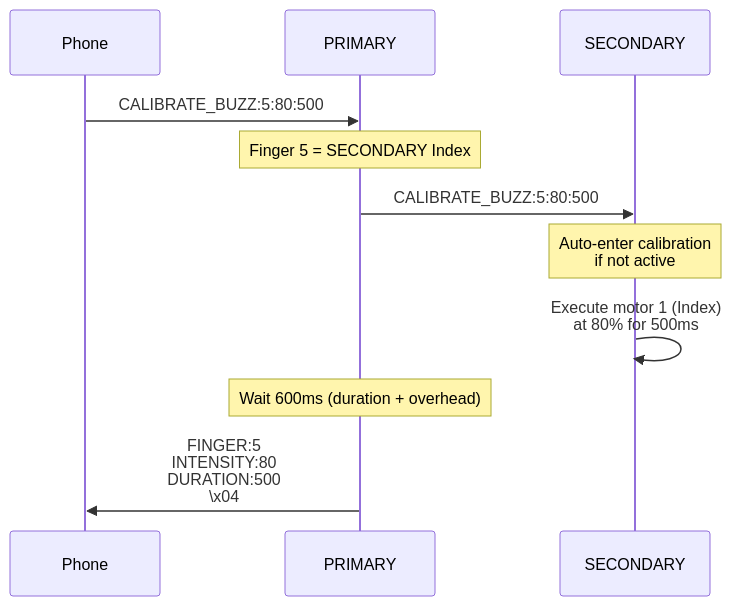
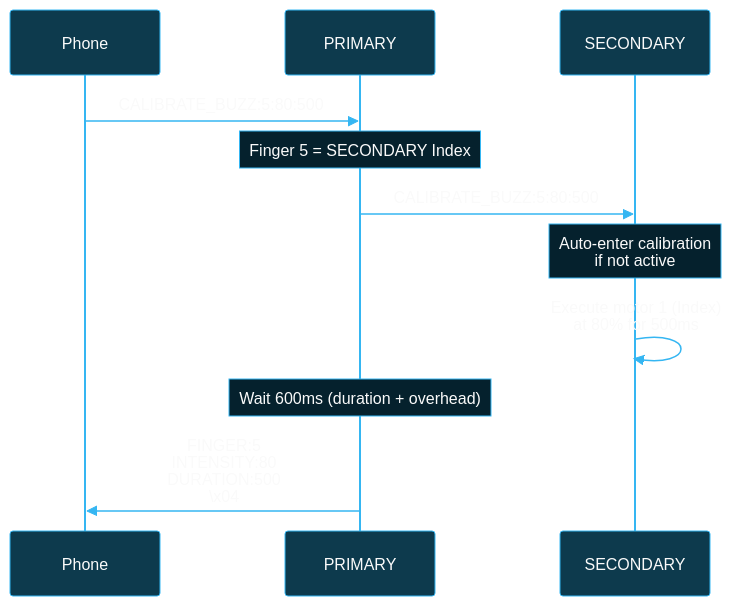
One commit to BlueBuzzah/BlueBuzzah-Firmware changed the diagram in docs/CALIBRATION_GUIDE.md. Above: the diagram before and after it, drawn with Mermaid. The commit also changed 4 other files, not shown here.

Commit message:
docs: update mermaid diagram styling across documentation

````diff
--- a/docs/CALIBRATION_GUIDE.md
+++ b/docs/CALIBRATION_GUIDE.md
@@ -368,18 +368,43 @@
 ```mermaid
+%%{init: {'theme': 'base', 'themeVariables': {
+  'primaryColor': '#0d3a4d',
+  'primaryTextColor': '#fafafa',
+  'primaryBorderColor': '#35B6F2',
+  'lineColor': '#35B6F2',
+  'secondaryColor': '#05212D',
+  'tertiaryColor': '#0a0a0a',
+  'background': '#0a0a0a',
+  'actorBkg': '#0d3a4d',
+  'actorBorder': '#35B6F2',
+  'actorTextColor': '#fafafa',
+  'actorLineColor': '#35B6F2',
+  'signalColor': '#35B6F2',
+  'signalTextColor': '#fafafa',
+  'labelBoxBkgColor': '#05212D',
+  'labelBoxBorderColor': '#35B6F2',
+  'labelTextColor': '#fafafa',
+  'loopTextColor': '#fafafa',
+  'noteBkgColor': '#05212D',
+  'noteBorderColor': '#35B6F2',
+  'noteTextColor': '#fafafa',
+  'activationBkgColor': '#0d3a4d',
+  'activationBorderColor': '#35B6F2',
+  'sequenceNumberColor': '#fafafa'
+}}}%%
 sequenceDiagram
     participant Phone
     participant PRIMARY
     participant SECONDARY
 
     Phone->>PRIMARY: CALIBRATE_BUZZ:5:80:500
     Note over PRIMARY: Finger 5 = SECONDARY Index
 
     PRIMARY->>SECONDARY: CALIBRATE_BUZZ:5:80:500
     Note over SECONDARY: Auto-enter calibration<br/>if not active
 
     SECONDARY->>SECONDARY: Execute motor 1 (Index)<br/>at 80% for 500ms
 
     Note over PRIMARY: Wait 600ms (duration + overhead)
 
     PRIMARY->>Phone: FINGER:5<br/>INTENSITY:80<br/>DURATION:500<br/>\x04
 ```
````
